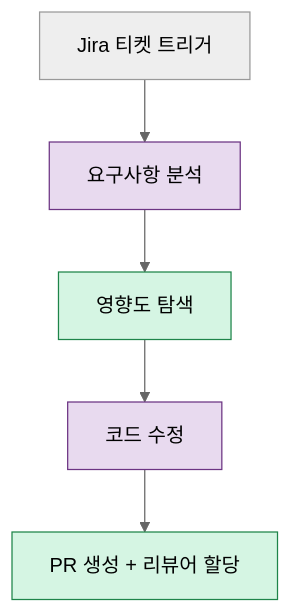
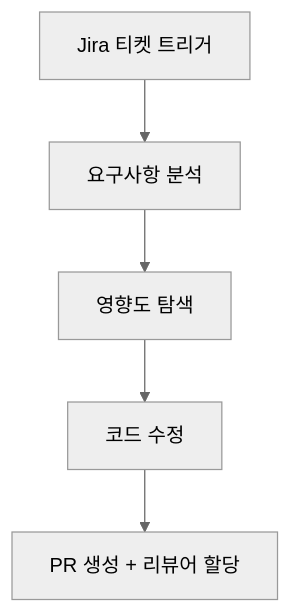
The second of 4 diagrams in _posts/2026-04-15-kais-파라미터-변경-ai-agent-설계-llm을-production-워크플로우에-적용하기.md (Gyubster/til), drawn with Mermaid (neutral theme) before and after one commit. The commit also changed other lines of this file and 13 other files, not shown here.

Commit message:
Mermaid 렌더링 수정: subgraph style 명령 제거

````diff
--- a/_posts/2026-04-15-kais-파라미터-변경-ai-agent-설계-llm을-production-워크플로우에-적용하기.md
+++ b/_posts/2026-04-15-kais-파라미터-변경-ai-agent-설계-llm을-production-워크플로우에-적용하기.md
@@ -49,12 +49,8 @@
 ```mermaid
 flowchart TD
     A["Jira 티켓 트리거"] --> B["요구사항 분석"]
     B --> C["영향도 탐색"]
     C --> D["코드 수정"]
     D --> E["PR 생성 + 리뷰어 할당"]
 
-    style B fill:#e8daef,stroke:#6c3483
-    style D fill:#e8daef,stroke:#6c3483
-    style C fill:#d5f5e3,stroke:#1e8449
-    style E fill:#d5f5e3,stroke:#1e8449
 ```
````
